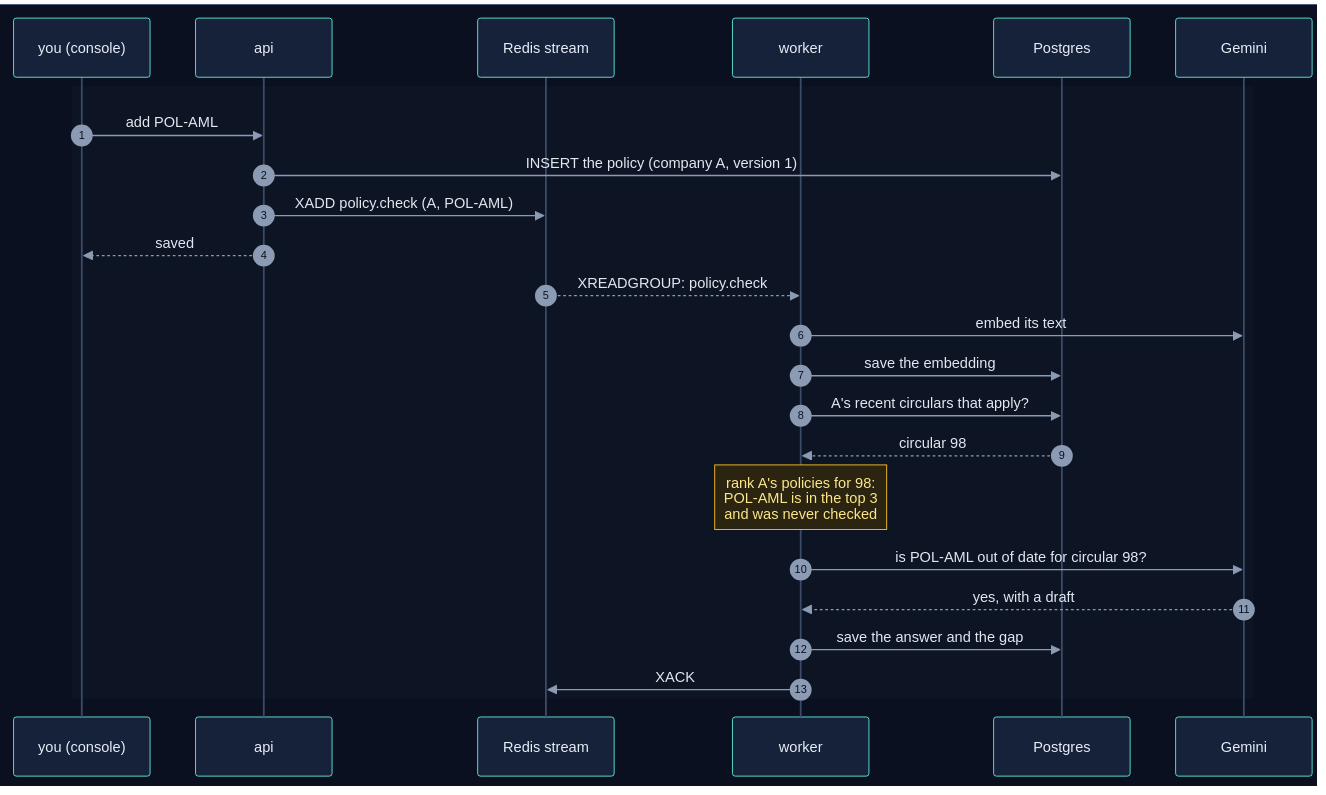
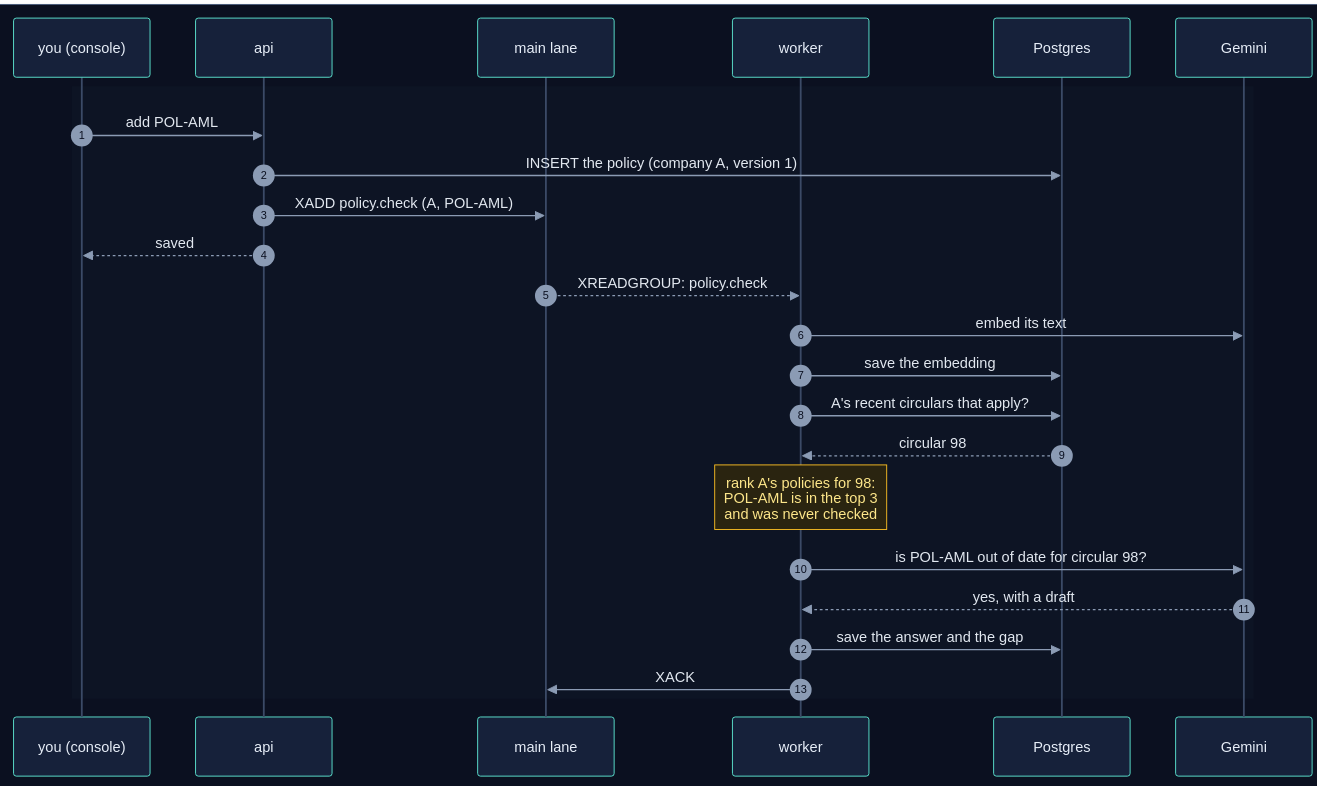
Before and after one commit to selvakumarperumal/Regulatory_Circular_Impact_Agent: the fifth of 20 diagrams in how_the_worker_works.md, drawn with Mermaid. The commit also changed other lines of this file and 7 other files, not shown here.

Commit message:
Document the PDF lane and the main lane

````diff
--- a/how_the_worker_works.md
+++ b/how_the_worker_works.md
@@ -355,30 +359,30 @@
 ```mermaid
 %%{init: {"theme": "base", "sequence": {"diagramMarginX": 0, "diagramMarginY": 0}, "themeVariables": {"darkMode": true, "primaryColor": "#16213a", "primaryTextColor": "#e6edf7", "primaryBorderColor": "#475a7a", "lineColor": "#8b9bb4", "secondaryColor": "#1b2436", "tertiaryColor": "#101a2e", "edgeLabelBackground": "#0f172a", "textColor": "#e2e8f0", "actorBkg": "#16213a", "actorBorder": "#5eead4", "actorTextColor": "#e6edf7", "actorLineColor": "#3b4a66", "signalColor": "#8b9bb4", "signalTextColor": "#e2e8f0", "noteBkgColor": "#2a2410", "noteBorderColor": "#fbbf24", "noteTextColor": "#fde68a", "labelBoxBkgColor": "#1e293b", "labelBoxBorderColor": "#64748b", "labelTextColor": "#e2e8f0", "loopTextColor": "#c4b5fd", "sequenceNumberColor": "#0b1020", "activationBkgColor": "#1e293b"}}}%%
 sequenceDiagram
     autonumber
     box rgb(11, 16, 32)
         participant U as you (console)
         participant A as api
-        participant Q as Redis stream
+        participant Q as main lane
         participant K as worker
         participant DB as Postgres
         participant G as Gemini
     end
 
     rect rgb(13, 20, 36)
         U->>A: add POL-AML
         A->>DB: INSERT the policy (company A, version 1)
         A->>Q: XADD policy.check (A, POL-AML)
         A-->>U: saved
         Q-->>K: XREADGROUP: policy.check
         K->>G: embed its text
         K->>DB: save the embedding
         K->>DB: A's recent circulars that apply?
         DB-->>K: circular 98
         Note over K: rank A's policies for 98:<br/>POL-AML is in the top 3<br/>and was never checked
         K->>G: is POL-AML out of date for circular 98?
         G-->>K: yes, with a draft
         K->>DB: save the answer and the gap
         K->>Q: XACK
     end
 ```
````
